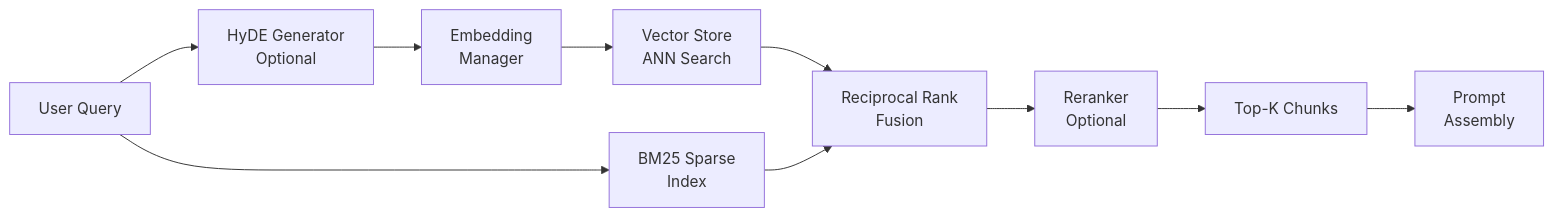
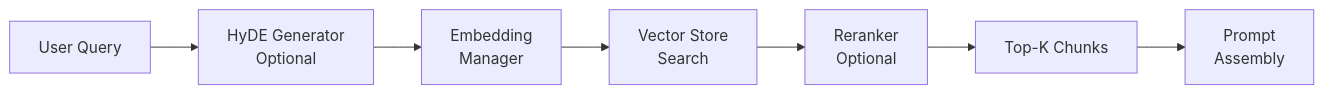
One commit to framerslab/agentos changed the eighth of 10 diagrams in docs/architecture/ARCHITECTURE.md. Above: the diagram before and after it, drawn with Mermaid. The commit also changed other lines of this file and 1 other file, not shown here.

Commit message:
docs(architecture): map the source tree as it is and correct the extension, persona, memory, RAG, guardrail, channel and observability sections

````diff
--- a/docs/architecture/ARCHITECTURE.md
+++ b/docs/architecture/ARCHITECTURE.md
@@ -679,12 +674,9 @@
 ```mermaid
 graph LR
     Q[User Query] --> HyDE[HyDE Generator<br/>Optional]
     HyDE --> Embed[Embedding<br/>Manager]
-    Q --> BM25[BM25 Sparse<br/>Index]
-    Embed --> VS[Vector Store<br/>ANN Search]
-    VS --> Fusion[Reciprocal Rank<br/>Fusion]
-    BM25 --> Fusion
-    Fusion --> Rerank[Reranker<br/>Optional]
+    Embed --> VS[Vector Store<br/>Search]
+    VS --> Rerank[Reranker<br/>Optional]
     Rerank --> Chunks[Top-K Chunks]
     Chunks --> Prompt[Prompt<br/>Assembly]
 ```
````
